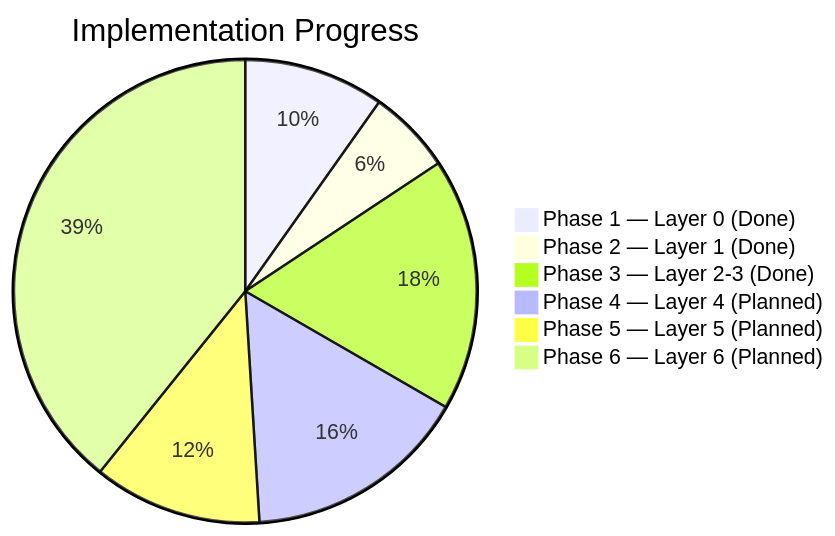
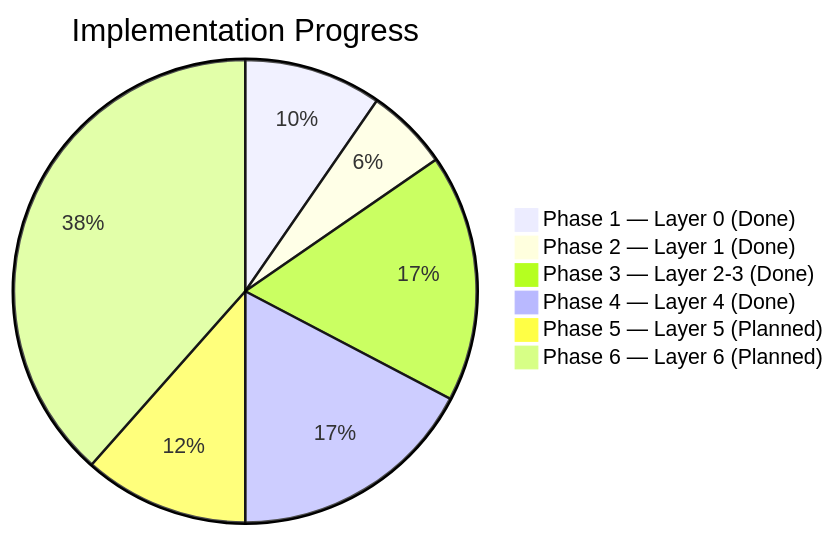
One commit to widdestoyud/assesment-s1-2026 changed the first of 3 diagrams in docs/wiki/membership-benefit-card/07-Development/Phase-Progress.md. Above: the diagram before and after it, drawn with Mermaid. The commit also changed other lines of this file and 3 other files, not shown here.

````diff
--- a/docs/wiki/membership-benefit-card/07-Development/Phase-Progress.md
+++ b/docs/wiki/membership-benefit-card/07-Development/Phase-Progress.md
@@ -12,9 +12,9 @@
 ```mermaid
 pie title Implementation Progress
     "Phase 1 — Layer 0 (Done)" : 5
     "Phase 2 — Layer 1 (Done)" : 3
     "Phase 3 — Layer 2-3 (Done)" : 9
-    "Phase 4 — Layer 4 (Planned)" : 8
+    "Phase 4 — Layer 4 (Done)" : 9
     "Phase 5 — Layer 5 (Planned)" : 6
     "Phase 6 — Layer 6 (Planned)" : 20
 ```
````
